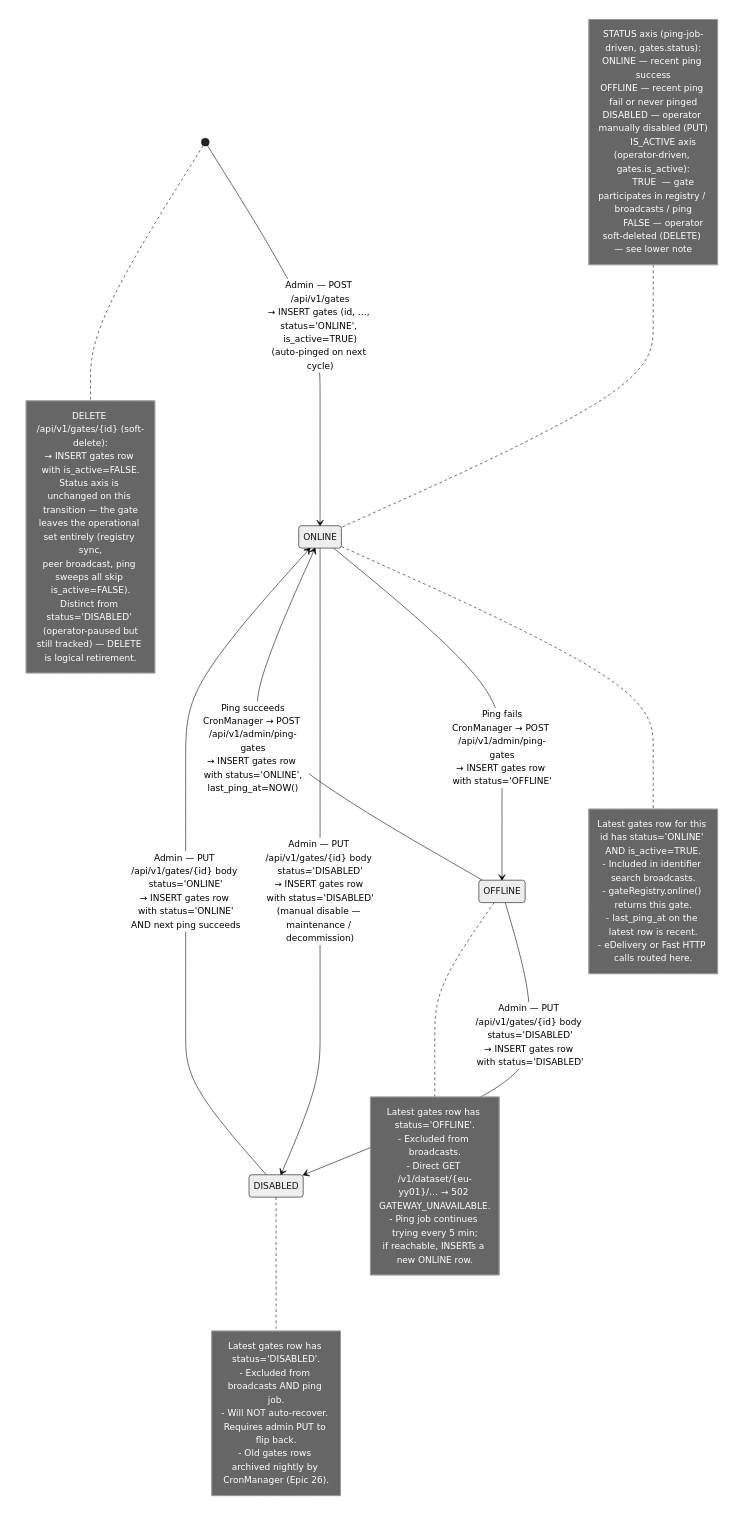
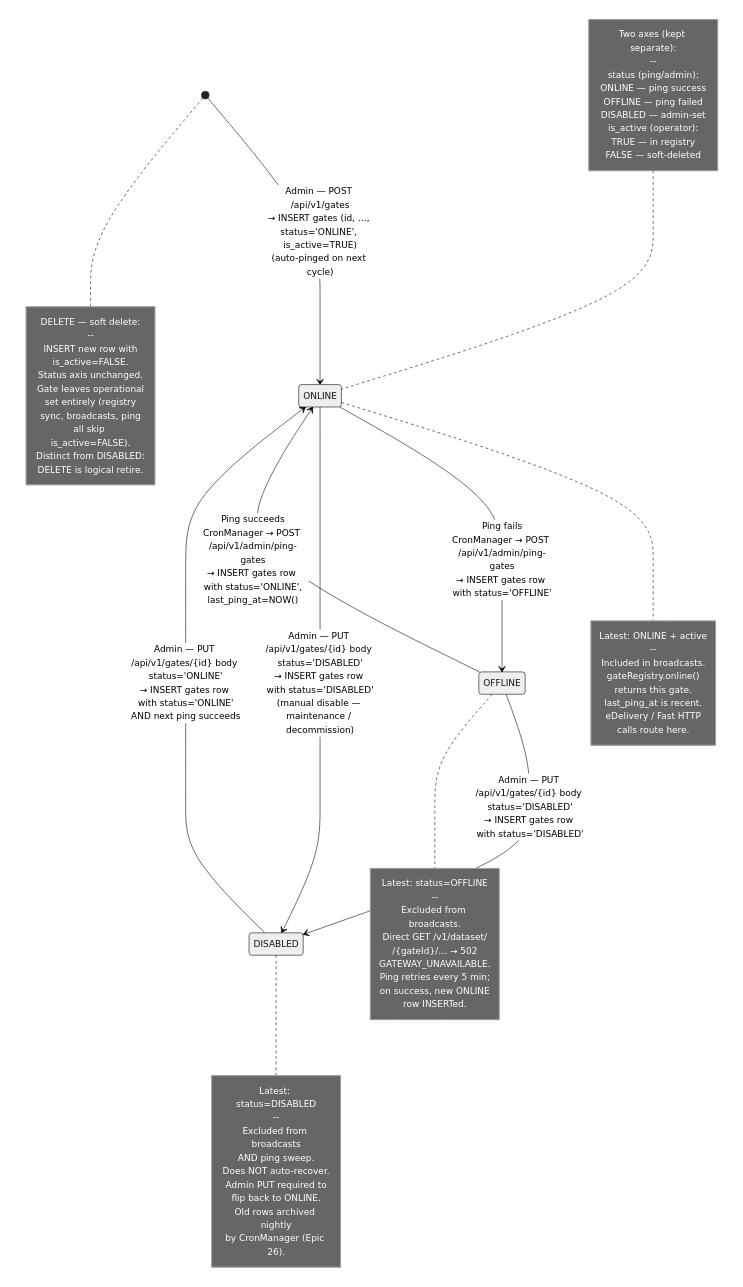
Before and after one commit to kemit-ee/efti-gate-ee: the diagram in docs/specs/diagrams/state-05-gate-health.mmd, drawn with Mermaid (neutral theme). The commit also changed 21 other files, not shown here.

First line of the commit message:
docs(diagrams): tighten note lines to ≤ 25 chars across all 21 diagrams (#15)

```diff
--- a/docs/specs/diagrams/state-05-gate-health.mmd
+++ b/docs/specs/diagrams/state-05-gate-health.mmd
@@ -1,56 +1,73 @@
 stateDiagram-v2
     [*] --> ONLINE: Admin — POST /api/v1/gates<br/>→ INSERT gates (id, …, status='ONLINE', is_active=TRUE)<br/>(auto-pinged on next cycle)
 
     ONLINE --> OFFLINE: Ping fails<br/>CronManager → POST /api/v1/admin/ping-gates<br/>→ INSERT gates row with status='OFFLINE'
 
     OFFLINE --> ONLINE: Ping succeeds<br/>CronManager → POST /api/v1/admin/ping-gates<br/>→ INSERT gates row with status='ONLINE',<br/>last_ping_at=NOW()
 
     ONLINE --> DISABLED: Admin — PUT /api/v1/gates/{id} body status='DISABLED'<br/>→ INSERT gates row with status='DISABLED'<br/>(manual disable — maintenance / decommission)
 
     OFFLINE --> DISABLED: Admin — PUT /api/v1/gates/{id} body status='DISABLED'<br/>→ INSERT gates row with status='DISABLED'
 
     DISABLED --> ONLINE: Admin — PUT /api/v1/gates/{id} body status='ONLINE'<br/>→ INSERT gates row with status='ONLINE'<br/>AND next ping succeeds
 
     note left of ONLINE
-        STATUS axis (ping-job-driven, gates.status):
-        ONLINE — recent ping success
-        OFFLINE — recent ping fail or never pinged
-        DISABLED — operator manually disabled (PUT)
-
-        IS_ACTIVE axis (operator-driven, gates.is_active):
-        TRUE  — gate participates in registry / broadcasts / ping
-        FALSE — operator soft-deleted (DELETE) — see lower note
+        Two axes (kept separate):
+        --
+        status (ping/admin):
+          ONLINE — ping success
+          OFFLINE — ping failed
+          DISABLED — admin-set
+        is_active (operator):
+          TRUE — in registry
+          FALSE — soft-deleted
     end note
 
     note right of ONLINE
-        Latest gates row for this id has status='ONLINE' AND is_active=TRUE.
-        - Included in identifier search broadcasts.
-        - gateRegistry.online() returns this gate.
-        - last_ping_at on the latest row is recent.
-        - eDelivery or Fast HTTP calls routed here.
+        Latest: ONLINE + active
+        --
+        Included in broadcasts.
+        gateRegistry.online()
+        returns this gate.
+        last_ping_at is recent.
+        eDelivery / Fast HTTP
+        calls route here.
     end note
 
     note right of OFFLINE
-        Latest gates row has status='OFFLINE'.
-        - Excluded from broadcasts.
-        - Direct GET /v1/dataset/{eu-yy01}/… → 502 GATEWAY_UNAVAILABLE.
-        - Ping job continues trying every 5 min;
-          if reachable, INSERTs a new ONLINE row.
+        Latest: status=OFFLINE
+        --
+        Excluded from broadcasts.
+        Direct GET /v1/dataset/
+        /{gateId}/… → 502
+        GATEWAY_UNAVAILABLE.
+        Ping retries every 5 min;
+        on success, new ONLINE
+        row INSERTed.
     end note
 
     note right of DISABLED
-        Latest gates row has status='DISABLED'.
-        - Excluded from broadcasts AND ping job.
-        - Will NOT auto-recover. Requires admin PUT to flip back.
-        - Old gates rows archived nightly by CronManager (Epic 26).
+        Latest: status=DISABLED
+        --
+        Excluded from broadcasts
+        AND ping sweep.
+        Does NOT auto-recover.
+        Admin PUT required to
+        flip back to ONLINE.
+        Old rows archived nightly
+        by CronManager (Epic 26).
     end note
 
     note right of [*]
-        DELETE /api/v1/gates/{id} (soft-delete):
-        → INSERT gates row with is_active=FALSE.
-        Status axis is unchanged on this transition — the gate
-        leaves the operational set entirely (registry sync,
-        peer broadcast, ping sweeps all skip is_active=FALSE).
-        Distinct from status='DISABLED' (operator-paused but
-        still tracked) — DELETE is logical retirement.
+        DELETE — soft delete:
+        --
+        INSERT new row with
+        is_active=FALSE.
+        Status axis unchanged.
+        Gate leaves operational
+        set entirely (registry
+        sync, broadcasts, ping
+        all skip is_active=FALSE).
+        Distinct from DISABLED:
+        DELETE is logical retire.
     end note
```
